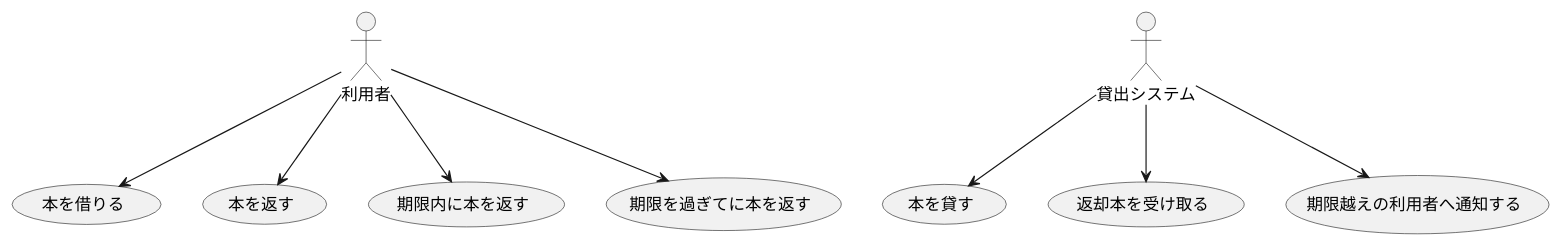
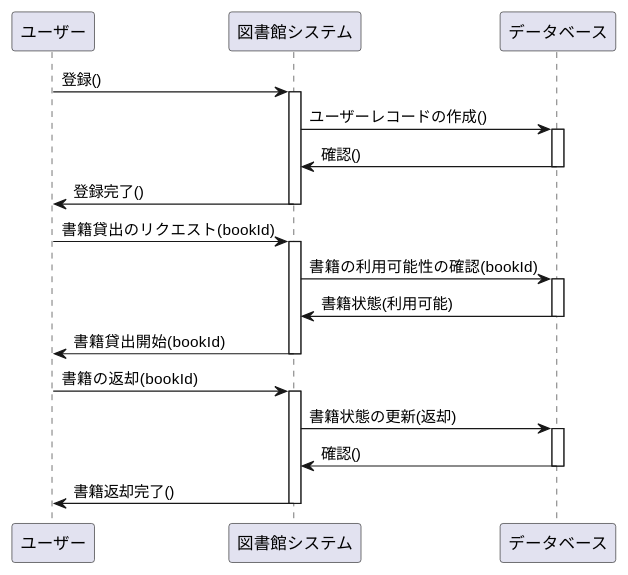
The diagram in UML/ユースケース図.puml (TakaMitsuGitHub/LibraryApp), drawn with PlantUML before and after one commit. The commit also changed 6 other files, not shown here.

```diff
--- a/UML/ユースケース図.puml
+++ b/UML/ユースケース図.puml
@@ -1,11 +1,32 @@
 @startuml
-:利用者: --> (本を借りる)
-:利用者: --> (本を返す)
-:利用者: --> (期限内に本を返す)
-:利用者: --> (期限を過ぎてに本を返す)
+participant "ユーザー" as User
+participant "図書館システム" as Library
+participant "データベース" as DB
 
-:貸出システム: --> (本を貸す)
-:貸出システム: --> (返却本を受け取る)
-:貸出システム: --> (期限越えの利用者へ通知する)
+User -> Library : 登録()
+activate Library
+Library -> DB : ユーザーレコードの作成()
+activate DB
+DB -> Library : 確認()
+deactivate DB
+Library -> User : 登録完了()
+deactivate Library
 
+User -> Library : 書籍貸出のリクエスト(bookId)
+activate Library
+Library -> DB : 書籍の利用可能性の確認(bookId)
+activate DB
+DB -> Library : 書籍状態(利用可能)
+deactivate DB
+Library -> User : 書籍貸出開始(bookId)
+deactivate Library
+
+User -> Library : 書籍の返却(bookId)
+activate Library
+Library -> DB : 書籍状態の更新(返却)
+activate DB
+DB -> Library : 確認()
+deactivate DB
+Library -> User : 書籍返却完了()
+deactivate Library
 @enduml
```
